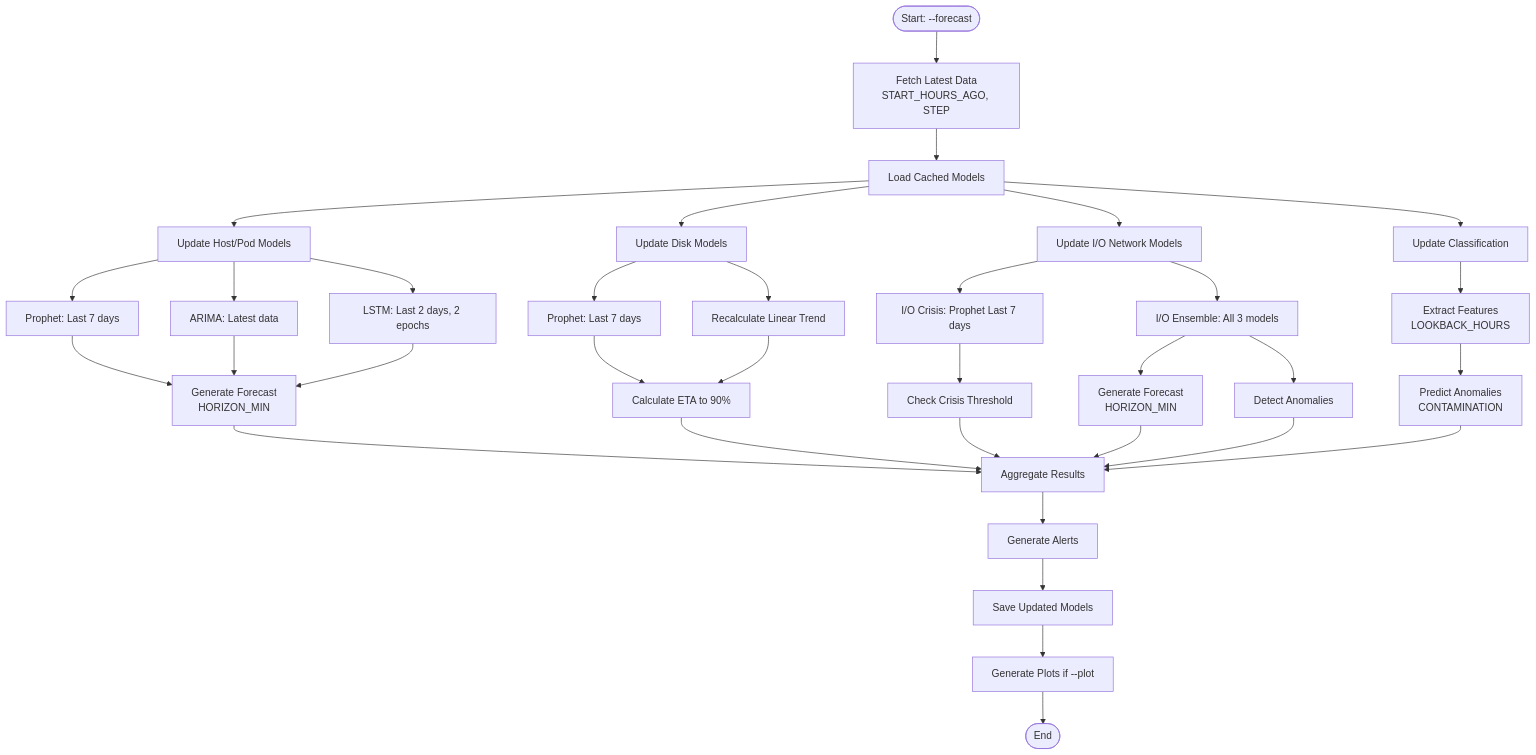
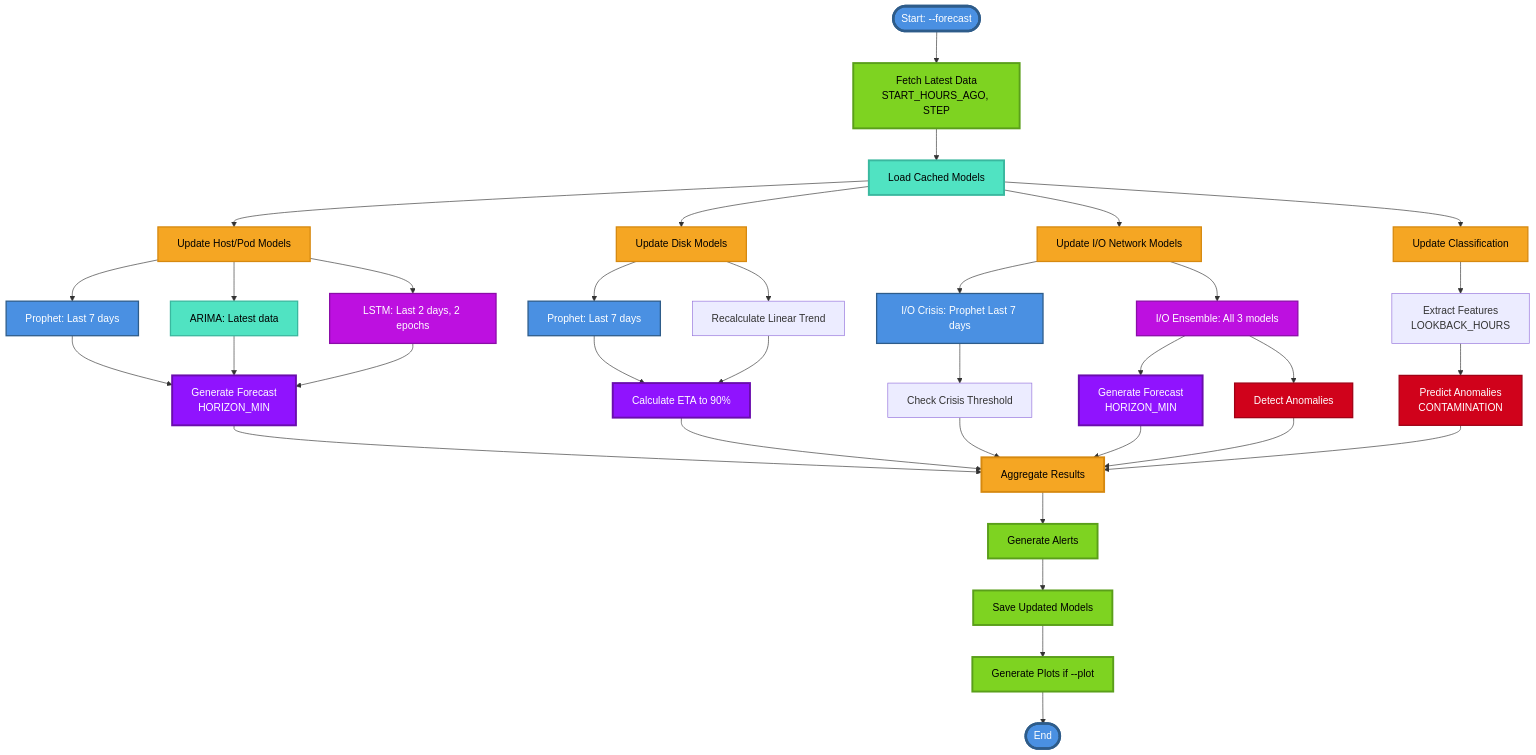
Before and after one commit to k8sautom8/metrics-ml: the sixth of 11 diagrams in Docs/VISUAL_ARCHITECTURE_GUIDE.md, drawn with Mermaid. The commit also changed other lines of this file, not shown here.

````diff
--- a/Docs/VISUAL_ARCHITECTURE_GUIDE.md
+++ b/Docs/VISUAL_ARCHITECTURE_GUIDE.md
@@ -315,44 +430,68 @@
 ```mermaid
 flowchart TD
     Start([Start: --forecast]) --> Fetch[Fetch Latest Data<br/>START_HOURS_AGO, STEP]
     
     Fetch --> Load[Load Cached Models]
     
     Load --> UpdateHP[Update Host/Pod Models]
     Load --> UpdateDisk[Update Disk Models]
     Load --> UpdateIO[Update I/O Network Models]
     Load --> UpdateClass[Update Classification]
     
     UpdateHP --> HPProphet[Prophet: Last 7 days]
     UpdateHP --> HPARIMA[ARIMA: Latest data]
     UpdateHP --> HPLSTM[LSTM: Last 2 days, 2 epochs]
     HPProphet --> HPForecast[Generate Forecast<br/>HORIZON_MIN]
     HPARIMA --> HPForecast
     HPLSTM --> HPForecast
     
     UpdateDisk --> DiskProphet[Prophet: Last 7 days]
     UpdateDisk --> DiskLinear[Recalculate Linear Trend]
     DiskProphet --> DiskForecast[Calculate ETA to 90%]
     DiskLinear --> DiskForecast
     
     UpdateIO --> IOCrisis[I/O Crisis: Prophet Last 7 days]
     UpdateIO --> IOEnsemble[I/O Ensemble: All 3 models]
     IOCrisis --> IOCheck[Check Crisis Threshold]
     IOEnsemble --> IOForecast[Generate Forecast<br/>HORIZON_MIN]
     IOEnsemble --> IOAnomaly[Detect Anomalies]
     
     UpdateClass --> ClassFeat[Extract Features<br/>LOOKBACK_HOURS]
     ClassFeat --> ClassPredict[Predict Anomalies<br/>CONTAMINATION]
     
     HPForecast --> Aggregate[Aggregate Results]
     DiskForecast --> Aggregate
     IOCheck --> Aggregate
     IOForecast --> Aggregate
     IOAnomaly --> Aggregate
     ClassPredict --> Aggregate
     
     Aggregate --> Alerts[Generate Alerts]
     Alerts --> Save[Save Updated Models]
     Save --> Plots[Generate Plots if --plot]
     Plots --> End([End])
+    
+    classDef startEnd fill:#4A90E2,stroke:#2E5C8A,stroke-width:4px,color:#fff
+    classDef dataFetch fill:#7ED321,stroke:#5A9F1A,stroke-width:3px,color:#000
+    classDef load fill:#50E3C2,stroke:#3AB89F,stroke-width:3px,color:#000
+    classDef update fill:#F5A623,stroke:#D68910,stroke-width:2px,color:#000
+    classDef prophet fill:#4A90E2,stroke:#2E5C8A,stroke-width:2px,color:#fff
+    classDef arima fill:#50E3C2,stroke:#3AB89F,stroke-width:2px,color:#000
+    classDef lstm fill:#BD10E0,stroke:#8B0DA8,stroke-width:2px,color:#fff
+    classDef forecast fill:#9013FE,stroke:#6A0DAD,stroke-width:3px,color:#fff
+    classDef anomaly fill:#D0021B,stroke:#A00115,stroke-width:2px,color:#fff
+    classDef aggregate fill:#F5A623,stroke:#D68910,stroke-width:3px,color:#000
+    classDef output fill:#7ED321,stroke:#5A9F1A,stroke-width:3px,color:#000
+    
+    class Start,End startEnd
+    class Fetch dataFetch
+    class Load load
+    class UpdateHP,UpdateDisk,UpdateIO,UpdateClass update
+    class HPProphet,DiskProphet,IOCrisis prophet
+    class HPARIMA arima
+    class HPLSTM,IOEnsemble lstm
+    class HPForecast,DiskForecast,IOForecast forecast
+    class IOAnomaly,ClassPredict anomaly
+    class Aggregate aggregate
+    class Alerts,Save,Plots output
 ```
````
